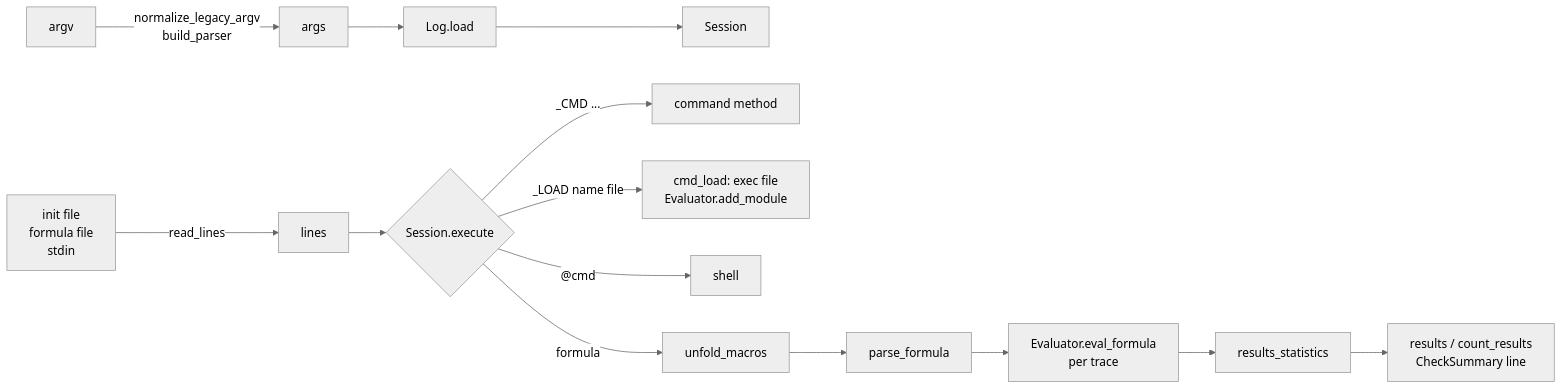
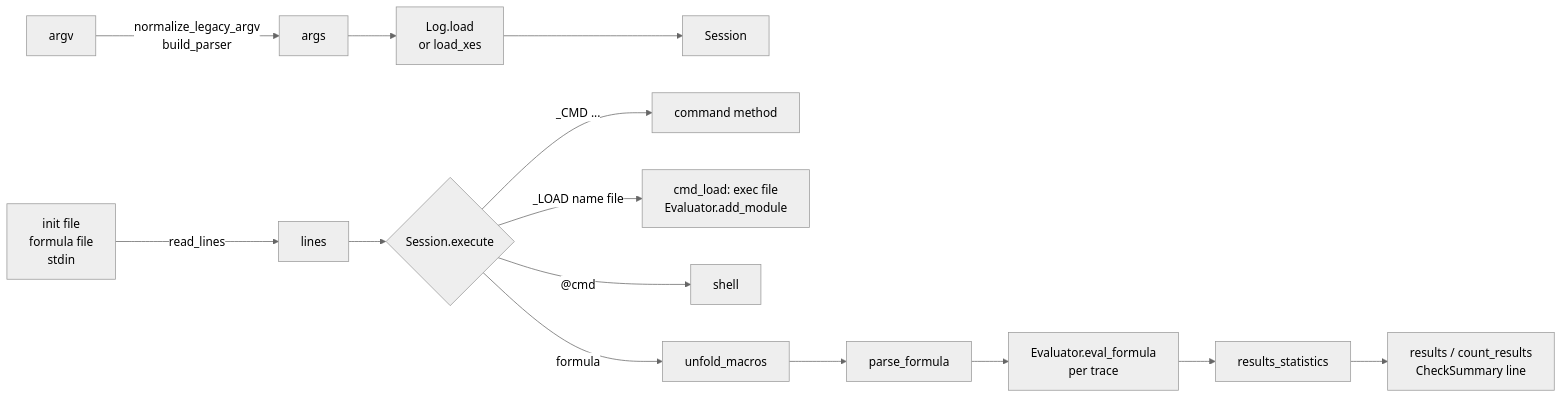
The second of 2 diagrams in docs/architecture.md (jfabra/SemanticDLTL), drawn with Mermaid (neutral theme) before and after one commit. The commit also changed other lines of this file and 17 other files, not shown here.

````diff
--- a/docs/architecture.md
+++ b/docs/architecture.md
@@ -252,16 +282,16 @@
 ```mermaid
 flowchart LR
     A[argv] -->|normalize_legacy_argv<br>build_parser| B[args]
-    B --> C[Log.load]
+    B --> C[Log.load<br>or load_xes]
     C --> D[Session]
     I[init file<br>formula file<br>stdin] -->|read_lines| E[lines]
     E --> F{Session.execute}
     F -->|"_CMD ..."| G[command method]
     F -->|"_LOAD name file"| L[cmd_load: exec file<br>Evaluator.add_module]
     F -->|"@cmd"| Y[shell]
     F -->|formula| H[unfold_macros]
     H --> P[parse_formula]
     P --> V[Evaluator.eval_formula<br>per trace]
     V --> S[results_statistics]
     S --> R[results / count_results<br>CheckSummary line]
 ```
````
